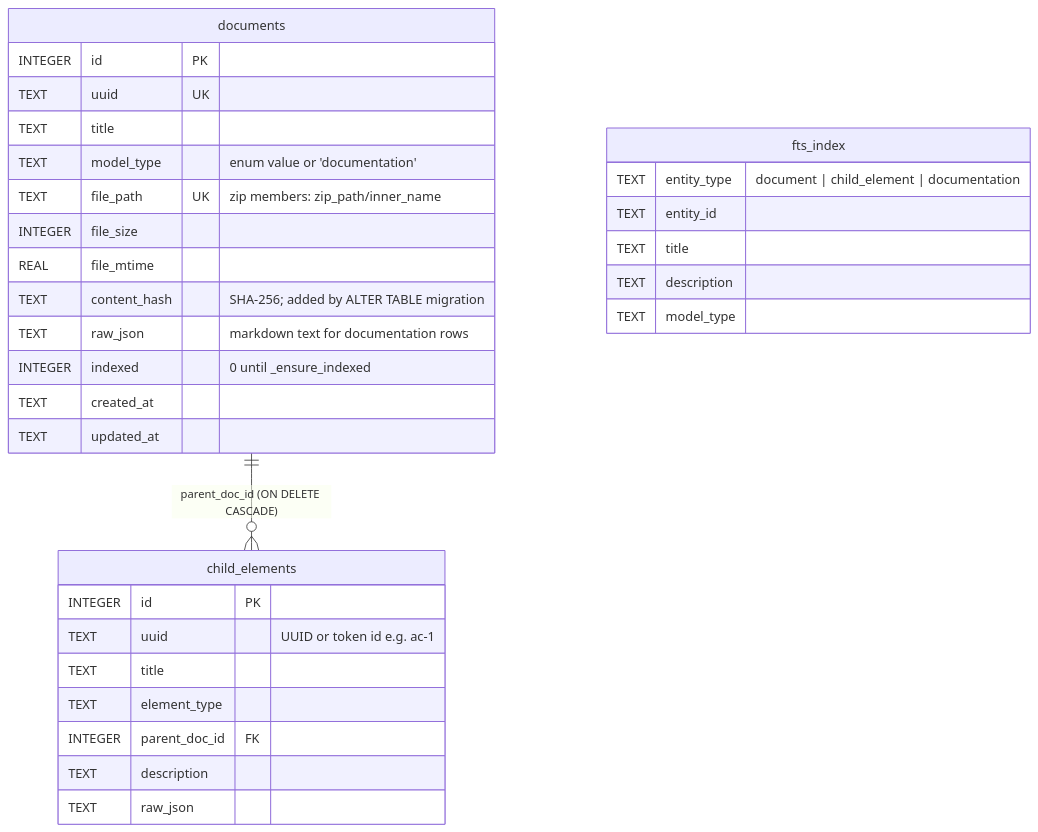
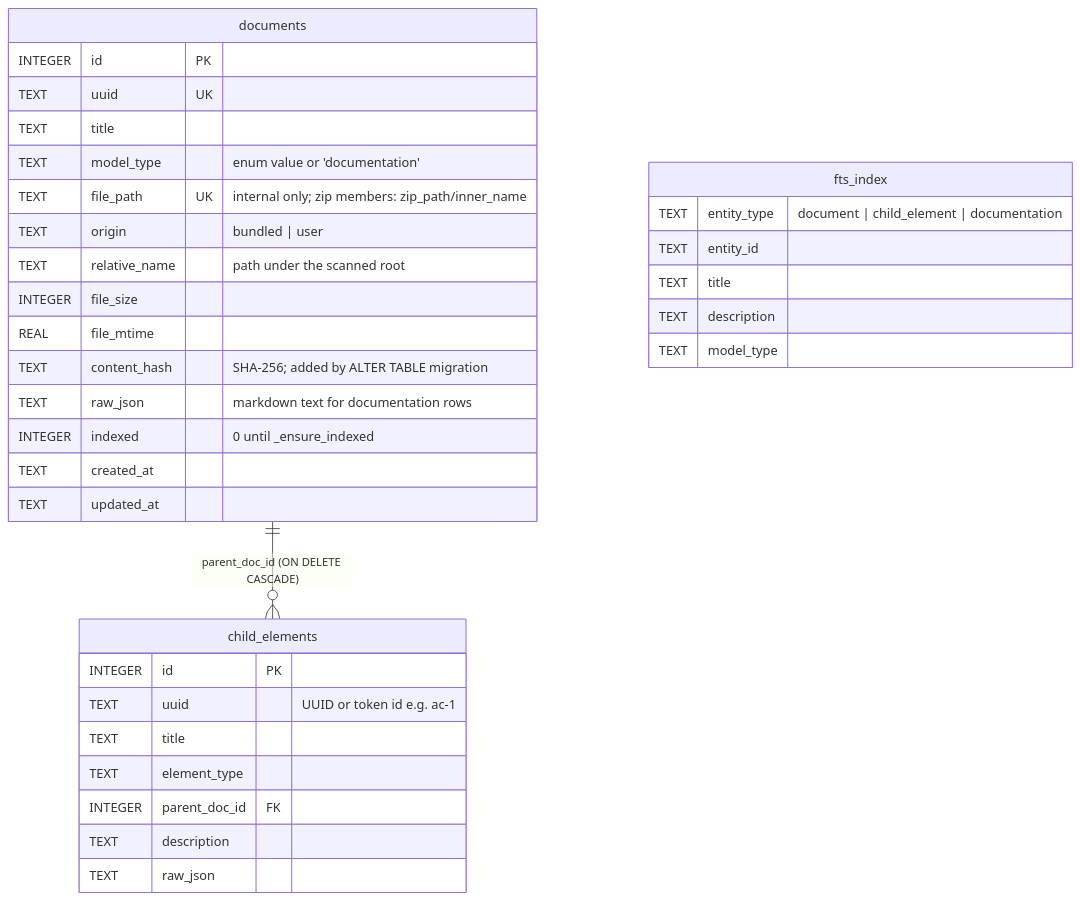
One commit to dfkunstler/mcp-server-for-oscal changed the diagram in .agents/summary/data_models.md. Above: the diagram before and after it, drawn with Mermaid. The commit also changed other lines of this file and 59 other files, not shown here.

````diff
--- a/.agents/summary/data_models.md
+++ b/.agents/summary/data_models.md
@@ -26,34 +26,36 @@
 ```mermaid
 erDiagram
     documents ||--o{ child_elements : "parent_doc_id (ON DELETE CASCADE)"
     documents {
         INTEGER id PK
         TEXT uuid UK
         TEXT title
         TEXT model_type "enum value or 'documentation'"
-        TEXT file_path UK "zip members: zip_path/inner_name"
+        TEXT file_path UK "internal only; zip members: zip_path/inner_name"
+        TEXT origin "bundled | user"
+        TEXT relative_name "path under the scanned root"
         INTEGER file_size
         REAL file_mtime
         TEXT content_hash "SHA-256; added by ALTER TABLE migration"
         TEXT raw_json "markdown text for documentation rows"
         INTEGER indexed "0 until _ensure_indexed"
         TEXT created_at
         TEXT updated_at
     }
     child_elements {
         INTEGER id PK
         TEXT uuid "UUID or token id e.g. ac-1"
         TEXT title
         TEXT element_type
         INTEGER parent_doc_id FK
         TEXT description
         TEXT raw_json
     }
     fts_index {
         TEXT entity_type "document | child_element | documentation"
         TEXT entity_id
         TEXT title
         TEXT description
         TEXT model_type
     }
 ```
````
